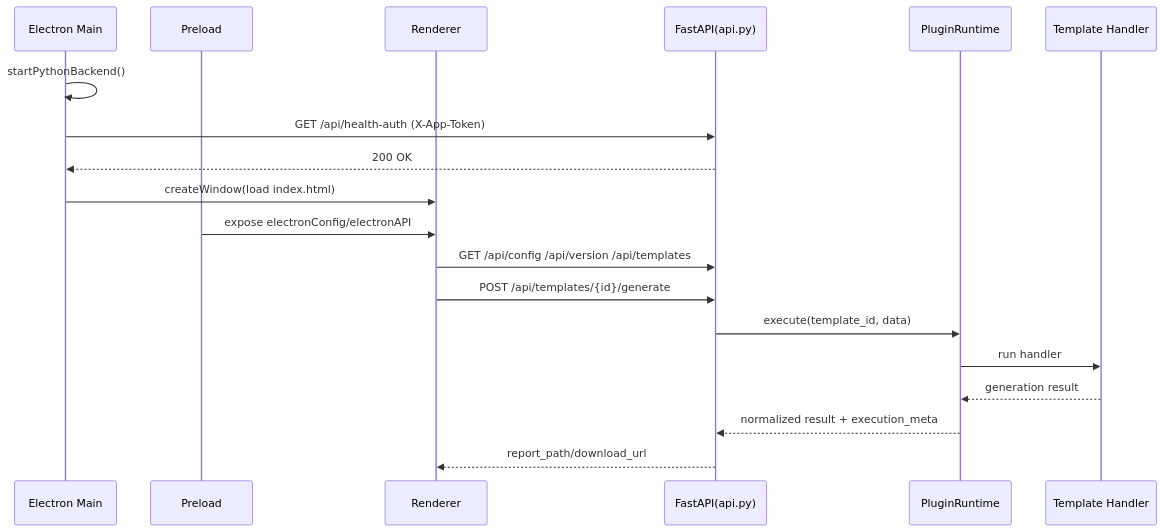
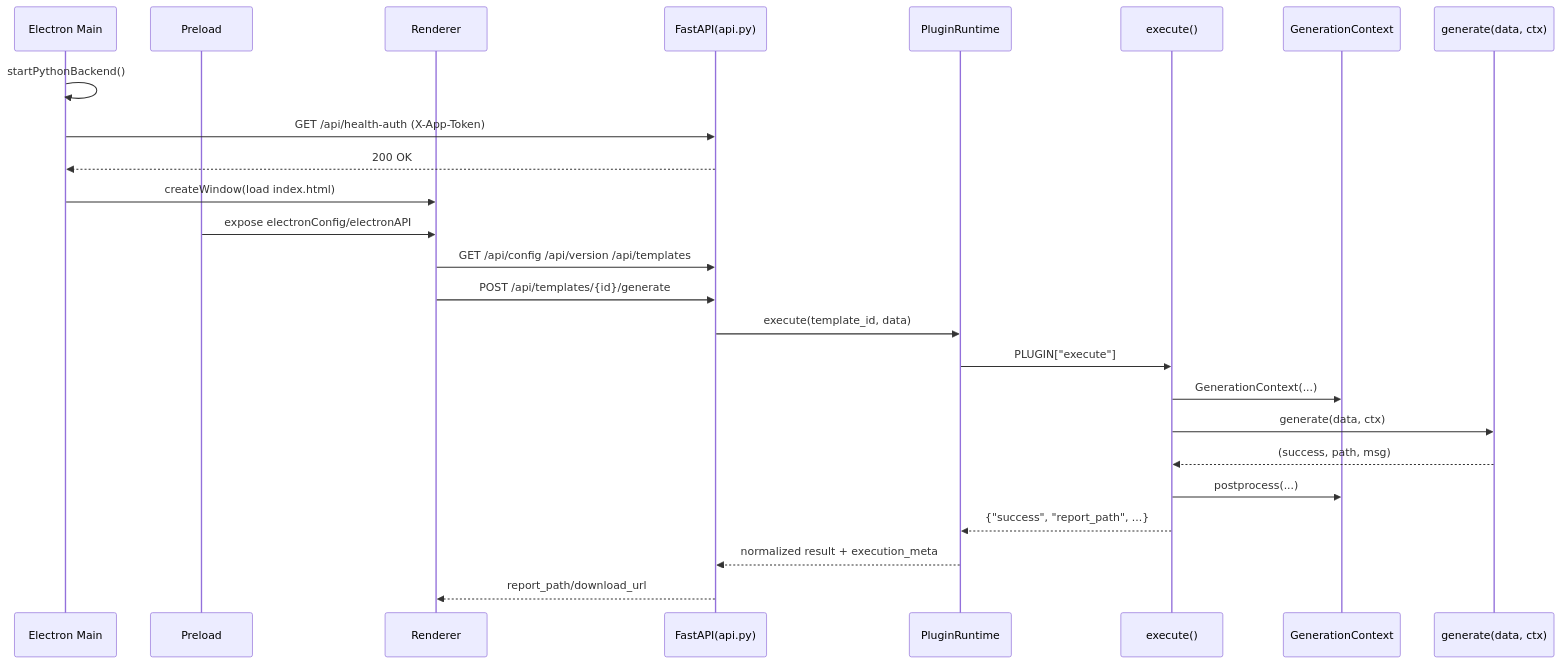
The diagram in docs/ARCHITECTURE_LAYER_FLOW_ANALYSIS.md (yeyingsrc/ReportGenX), drawn with Mermaid before and after one commit. The commit also changed other lines of this file and 10 other files, not shown here.

````diff
--- a/docs/ARCHITECTURE_LAYER_FLOW_ANALYSIS.md
+++ b/docs/ARCHITECTURE_LAYER_FLOW_ANALYSIS.md
@@ -137,23 +184,29 @@
 ```mermaid
 sequenceDiagram
     participant EM as Electron Main
     participant PL as Preload
     participant RD as Renderer
     participant API as FastAPI(api.py)
     participant RT as PluginRuntime
-    participant HD as Template Handler
+    participant EX as execute()
+    participant CTX as GenerationContext
+    participant HD as generate(data, ctx)
 
     EM->>EM: startPythonBackend()
     EM->>API: GET /api/health-auth (X-App-Token)
     API-->>EM: 200 OK
     EM->>RD: createWindow(load index.html)
     PL->>RD: expose electronConfig/electronAPI
 
     RD->>API: GET /api/config /api/version /api/templates
     RD->>API: POST /api/templates/{id}/generate
     API->>RT: execute(template_id, data)
-    RT->>HD: run handler
-    HD-->>RT: generation result
+    RT->>EX: PLUGIN["execute"]
+    EX->>CTX: GenerationContext(...)
+    EX->>HD: generate(data, ctx)
+    HD-->>EX: (success, path, msg)
+    EX->>CTX: postprocess(...)
+    EX-->>RT: {"success", "report_path", ...}
     RT-->>API: normalized result + execution_meta
     API-->>RD: report_path/download_url
 ```
````
